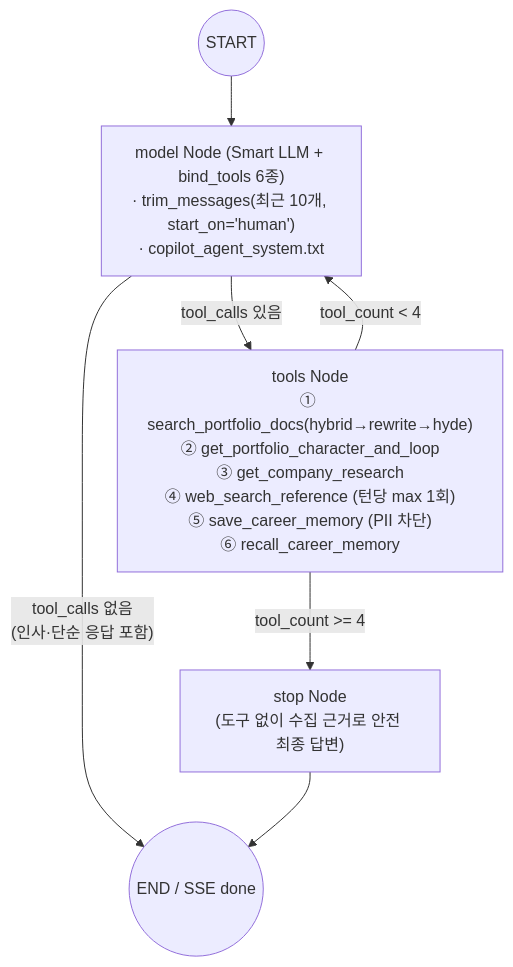
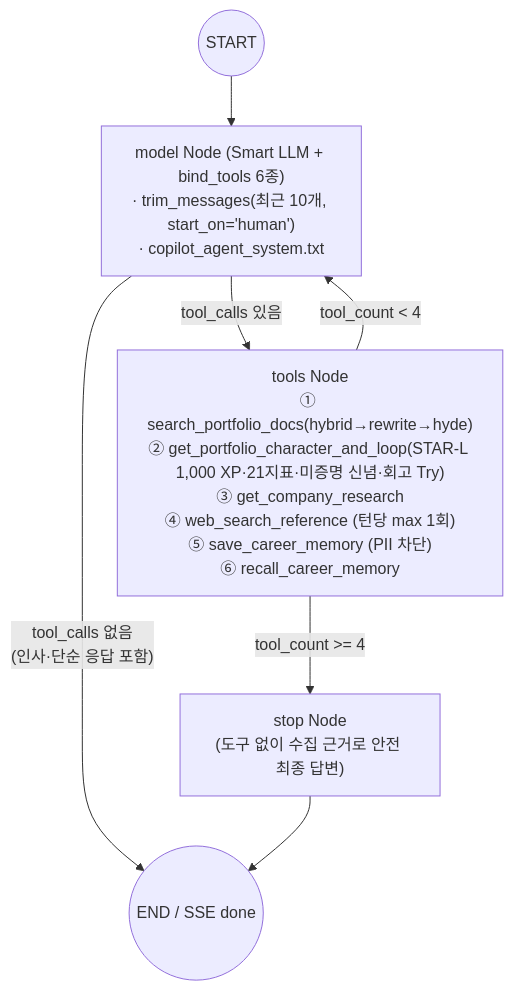
The fifth of 5 diagrams in WORKFLOWS.md (KASOP0306/write-on-vibe-lab), drawn with Mermaid before and after one commit. The commit also changed other lines of this file and 5 other files, not shown here.

````diff
--- a/WORKFLOWS.md
+++ b/WORKFLOWS.md
@@ -124,9 +129,9 @@
 ```mermaid
 flowchart TD
     S((START)) --> M["model Node (Smart LLM + bind_tools 6종)\n· trim_messages(최근 10개, start_on='human')\n· copilot_agent_system.txt"]
     M -->|"tool_calls 없음\n(인사·단순 응답 포함)"| E((END / SSE done))
-    M -->|"tool_calls 있음"| T["tools Node\n① search_portfolio_docs(hybrid→rewrite→hyde)\n② get_portfolio_character_and_loop\n③ get_company_research\n④ web_search_reference (턴당 max 1회)\n⑤ save_career_memory (PII 차단)\n⑥ recall_career_memory"]
+    M -->|"tool_calls 있음"| T["tools Node\n① search_portfolio_docs(hybrid→rewrite→hyde)\n② get_portfolio_character_and_loop(STAR-L 1,000 XP·21지표·미증명 신념·회고 Try)\n③ get_company_research\n④ web_search_reference (턴당 max 1회)\n⑤ save_career_memory (PII 차단)\n⑥ recall_career_memory"]
     T -->|"tool_count < 4"| M
     T -->|"tool_count >= 4"| STOP["stop Node\n(도구 없이 수집 근거로 안전 최종 답변)"]
     STOP --> E
 ```
````
